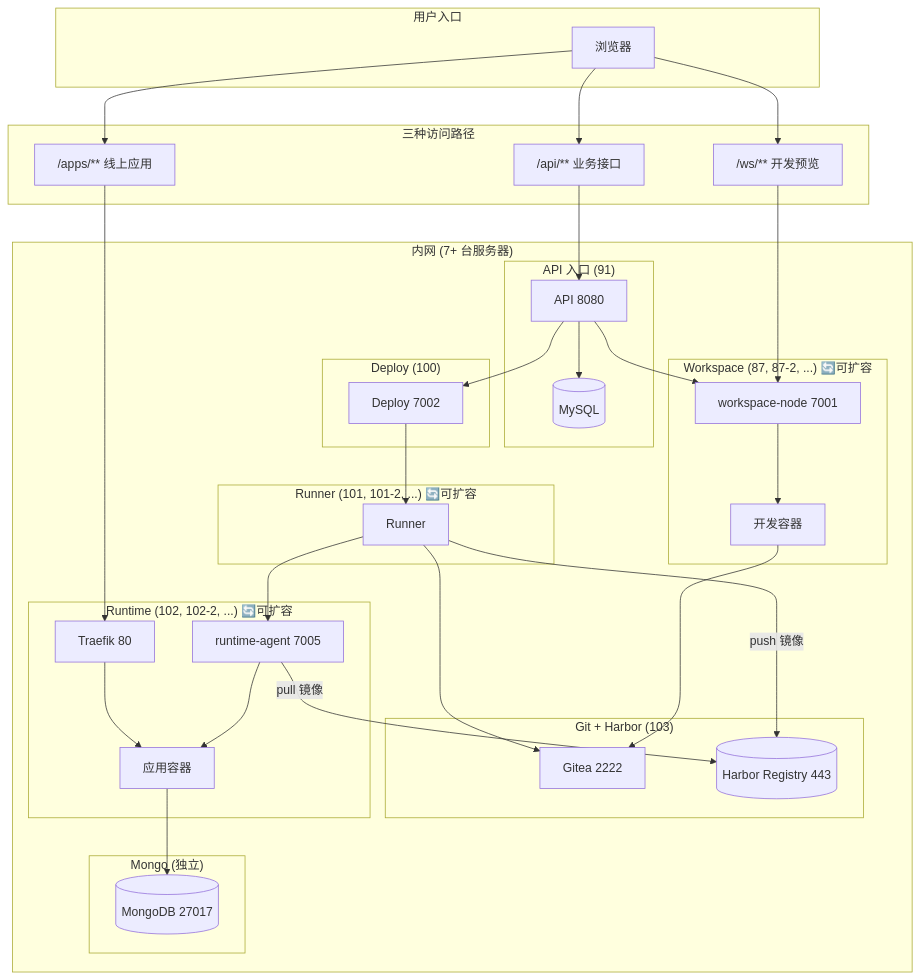
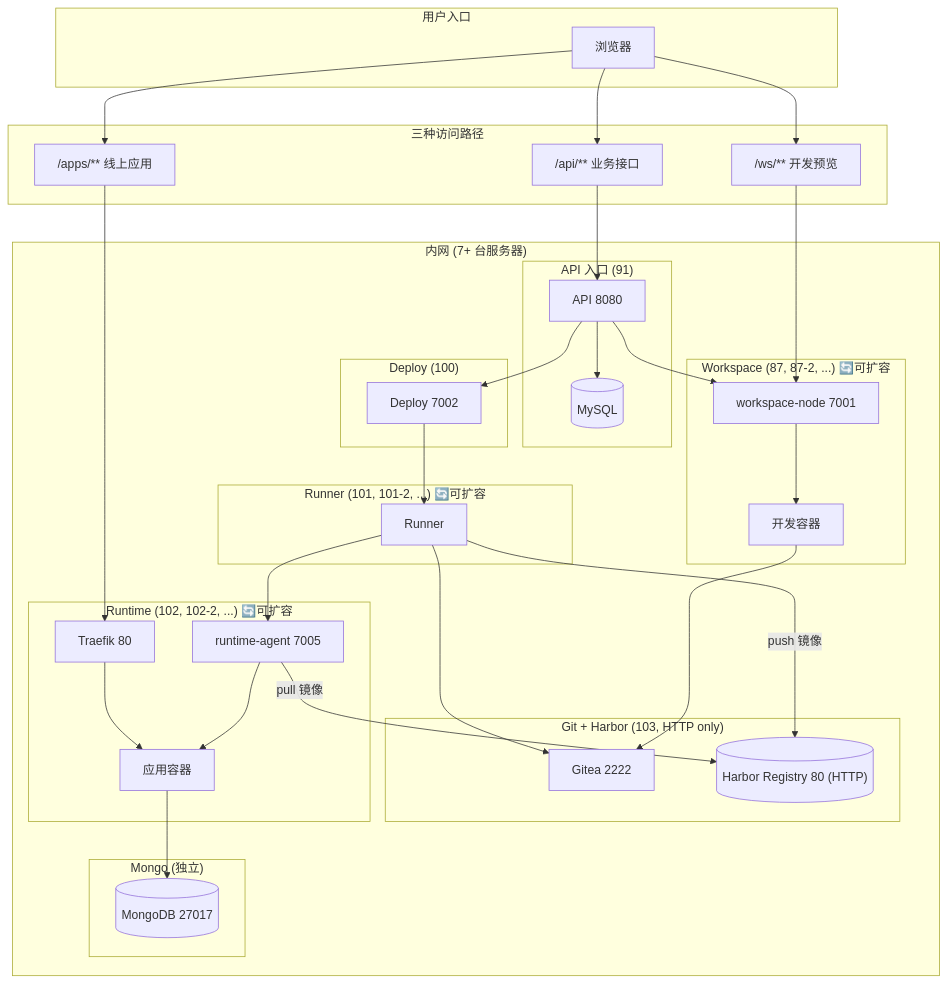
The first of 4 diagrams in src/main/resources/doc/domains/architecture/README.md (ruiAndroid/fun-ai-studio-api), drawn with Mermaid before and after one commit. The commit also changed other lines of this file and 3 other files, not shown here.

````diff
--- a/src/main/resources/doc/domains/architecture/README.md
+++ b/src/main/resources/doc/domains/architecture/README.md
@@ -31,66 +31,66 @@
 ```mermaid
 flowchart TB
     subgraph User["用户入口"]
         Browser["浏览器"]
     end
 
     subgraph Routes["三种访问路径"]
         R1["/api/** 业务接口"]
         R2["/ws/** 开发预览"]
         R3["/apps/** 线上应用"]
     end
 
     subgraph Infra["内网 (7+ 台服务器)"]
         subgraph S91["API 入口 (91)"]
             API["API 8080"]
             MySQL[("MySQL")]
         end
 
         subgraph S87["Workspace (87, 87-2, ...) 🔄可扩容"]
             WsNode["workspace-node 7001"]
             WsCtn["开发容器"]
         end
 
         subgraph S100["Deploy (100)"]
             Deploy["Deploy 7002"]
         end
 
         subgraph S101["Runner (101, 101-2, ...) 🔄可扩容"]
             Runner["Runner"]
         end
 
-        subgraph S103["Git + Harbor (103)"]
+    subgraph S103["Git + Harbor (103, HTTP only)"]
             Gitea["Gitea 2222"]
-            Harbor[("Harbor Registry 443")]
+            Harbor[("Harbor Registry 80 (HTTP)")]
         end
 
         subgraph S102["Runtime (102, 102-2, ...) 🔄可扩容"]
             Agent["runtime-agent 7005"]
             Traefik["Traefik 80"]
             AppCtn["应用容器"]
         end
 
         subgraph SMongo["Mongo (独立)"]
             MongoDB[("MongoDB 27017")]
         end
     end
 
     Browser --> R1 & R2 & R3
     R1 --> API
     R2 --> WsNode --> WsCtn
     R3 --> Traefik --> AppCtn
 
     API --> MySQL
     API --> WsNode
     API --> Deploy
 
     Deploy --> Runner
     Runner --> Gitea
     Runner -->|push 镜像| Harbor
     Runner --> Agent
     Agent -->|pull 镜像| Harbor
     Agent --> AppCtn
     AppCtn --> MongoDB
 
     WsCtn --> Gitea
 ```
````
